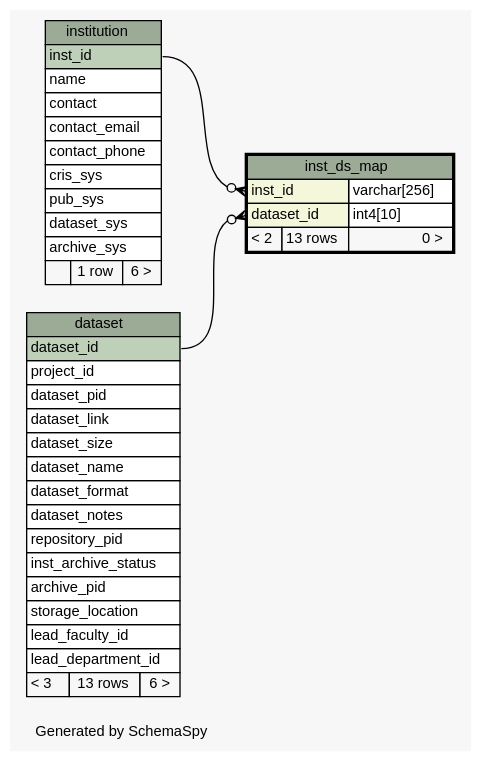
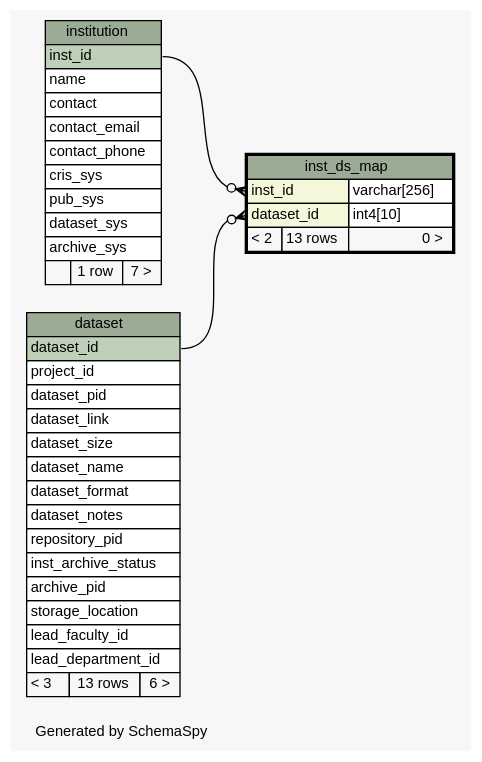
One commit to lulibrary/dmao_infrastructure changed the diagram in ss.out/diagrams/inst_ds_map.1degree.dot. Above: the diagram before and after it, drawn with Graphviz. The commit also changed 109 other files, not shown here.

```diff
--- a/ss.out/diagrams/inst_ds_map.1degree.dot
+++ b/ss.out/diagrams/inst_ds_map.1degree.dot
@@ -1,76 +1,76 @@
 // dot 2.36.0 on Linux 3.13.0-55-generic
 // SchemaSpy rev 590
 digraph "oneDegreeRelationshipsDiagram" {
   graph [
     rankdir="RL"
     bgcolor="#f7f7f7"
     label="\nGenerated by SchemaSpy"
     labeljust="l"
     nodesep="0.18"
     ranksep="0.46"
     fontname="Helvetica"
     fontsize="11"
   ];
   node [
     fontname="Helvetica"
     fontsize="11"
     shape="plaintext"
   ];
   edge [
     arrowsize="0.8"
   ];
   "inst_ds_map":"dataset_id":w -> "dataset":"dataset_id":e [arrowhead=none dir=back arrowtail=crowodot];
   "inst_ds_map":"inst_id":w -> "institution":"inst_id":e [arrowhead=none dir=back arrowtail=crowodot];
   "dataset" [
     label=<
     <TABLE BORDER="0" CELLBORDER="1" CELLSPACING="0" BGCOLOR="#ffffff">
       <TR><TD COLSPAN="3" BGCOLOR="#9bab96" ALIGN="CENTER">dataset</TD></TR>
       <TR><TD PORT="dataset_id" COLSPAN="3" BGCOLOR="#bed1b8" ALIGN="LEFT">dataset_id</TD></TR>
       <TR><TD PORT="project_id" COLSPAN="3" ALIGN="LEFT">project_id</TD></TR>
       <TR><TD PORT="dataset_pid" COLSPAN="3" ALIGN="LEFT">dataset_pid</TD></TR>
       <TR><TD PORT="dataset_link" COLSPAN="3" ALIGN="LEFT">dataset_link</TD></TR>
       <TR><TD PORT="dataset_size" COLSPAN="3" ALIGN="LEFT">dataset_size</TD></TR>
       <TR><TD PORT="dataset_name" COLSPAN="3" ALIGN="LEFT">dataset_name</TD></TR>
       <TR><TD PORT="dataset_format" COLSPAN="3" ALIGN="LEFT">dataset_format</TD></TR>
       <TR><TD PORT="dataset_notes" COLSPAN="3" ALIGN="LEFT">dataset_notes</TD></TR>
       <TR><TD PORT="repository_pid" COLSPAN="3" ALIGN="LEFT">repository_pid</TD></TR>
       <TR><TD PORT="inst_archive_status" COLSPAN="3" ALIGN="LEFT">inst_archive_status</TD></TR>
       <TR><TD PORT="archive_pid" COLSPAN="3" ALIGN="LEFT">archive_pid</TD></TR>
       <TR><TD PORT="storage_location" COLSPAN="3" ALIGN="LEFT">storage_location</TD></TR>
       <TR><TD PORT="lead_faculty_id" COLSPAN="3" ALIGN="LEFT">lead_faculty_id</TD></TR>
       <TR><TD PORT="lead_department_id" COLSPAN="3" ALIGN="LEFT">lead_department_id</TD></TR>
       <TR><TD ALIGN="LEFT" BGCOLOR="#f7f7f7">&lt; 3</TD><TD ALIGN="RIGHT" BGCOLOR="#f7f7f7">13 rows</TD><TD ALIGN="RIGHT" BGCOLOR="#f7f7f7">6 &gt;</TD></TR>
     </TABLE>>
     URL="dataset.html"
     tooltip="dataset"
   ];
   "inst_ds_map" [
     label=<
     <TABLE BORDER="2" CELLBORDER="1" CELLSPACING="0" BGCOLOR="#ffffff">
       <TR><TD COLSPAN="3" BGCOLOR="#9bab96" ALIGN="CENTER">inst_ds_map</TD></TR>
       <TR><TD PORT="inst_id" COLSPAN="2" BGCOLOR="#f4f7da" ALIGN="LEFT">inst_id</TD><TD PORT="inst_id.type" ALIGN="LEFT">varchar[256]</TD></TR>
       <TR><TD PORT="dataset_id" COLSPAN="2" BGCOLOR="#f4f7da" ALIGN="LEFT">dataset_id</TD><TD PORT="dataset_id.type" ALIGN="LEFT">int4[10]</TD></TR>
       <TR><TD ALIGN="LEFT" BGCOLOR="#f7f7f7">&lt; 2</TD><TD ALIGN="RIGHT" BGCOLOR="#f7f7f7">13 rows</TD><TD ALIGN="RIGHT" BGCOLOR="#f7f7f7">0 &gt;</TD></TR>
     </TABLE>>
     URL="inst_ds_map.html"
     tooltip="inst_ds_map"
   ];
   "institution" [
     label=<
     <TABLE BORDER="0" CELLBORDER="1" CELLSPACING="0" BGCOLOR="#ffffff">
       <TR><TD COLSPAN="3" BGCOLOR="#9bab96" ALIGN="CENTER">institution</TD></TR>
       <TR><TD PORT="inst_id" COLSPAN="3" BGCOLOR="#bed1b8" ALIGN="LEFT">inst_id</TD></TR>
       <TR><TD PORT="name" COLSPAN="3" ALIGN="LEFT">name</TD></TR>
       <TR><TD PORT="contact" COLSPAN="3" ALIGN="LEFT">contact</TD></TR>
       <TR><TD PORT="contact_email" COLSPAN="3" ALIGN="LEFT">contact_email</TD></TR>
       <TR><TD PORT="contact_phone" COLSPAN="3" ALIGN="LEFT">contact_phone</TD></TR>
       <TR><TD PORT="cris_sys" COLSPAN="3" ALIGN="LEFT">cris_sys</TD></TR>
       <TR><TD PORT="pub_sys" COLSPAN="3" ALIGN="LEFT">pub_sys</TD></TR>
       <TR><TD PORT="dataset_sys" COLSPAN="3" ALIGN="LEFT">dataset_sys</TD></TR>
       <TR><TD PORT="archive_sys" COLSPAN="3" ALIGN="LEFT">archive_sys</TD></TR>
-      <TR><TD ALIGN="LEFT" BGCOLOR="#f7f7f7">  </TD><TD ALIGN="RIGHT" BGCOLOR="#f7f7f7">1 row</TD><TD ALIGN="RIGHT" BGCOLOR="#f7f7f7">6 &gt;</TD></TR>
+      <TR><TD ALIGN="LEFT" BGCOLOR="#f7f7f7">  </TD><TD ALIGN="RIGHT" BGCOLOR="#f7f7f7">1 row</TD><TD ALIGN="RIGHT" BGCOLOR="#f7f7f7">7 &gt;</TD></TR>
     </TABLE>>
     URL="institution.html"
     tooltip="institution"
   ];
 }
```
